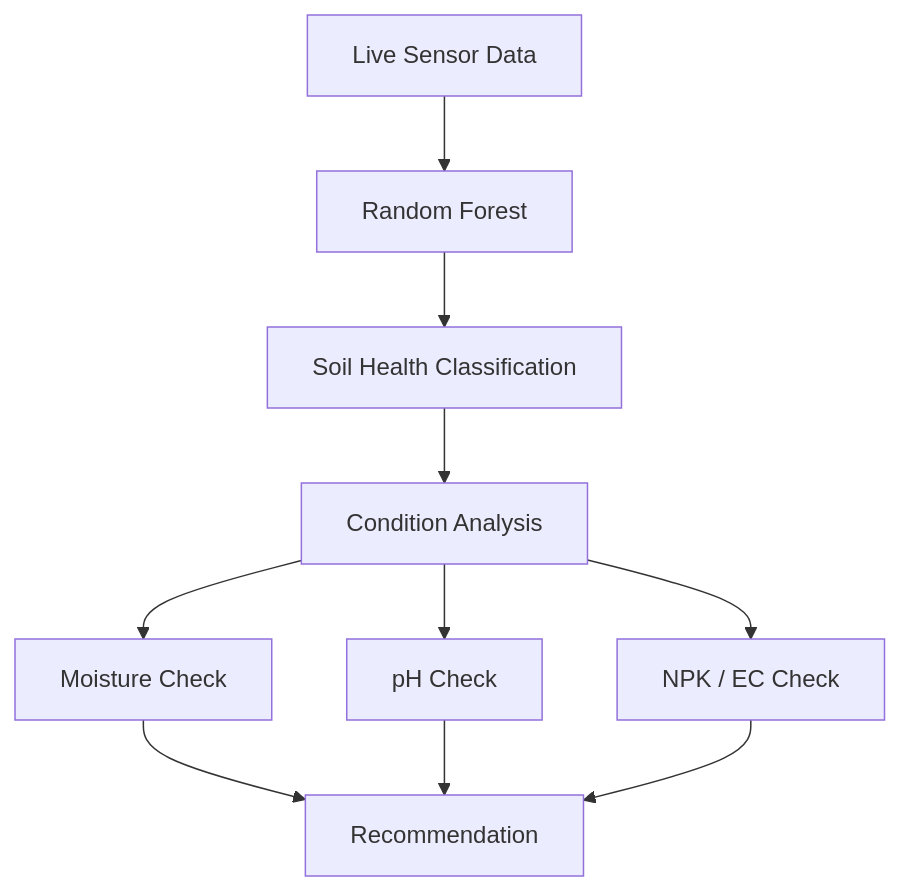
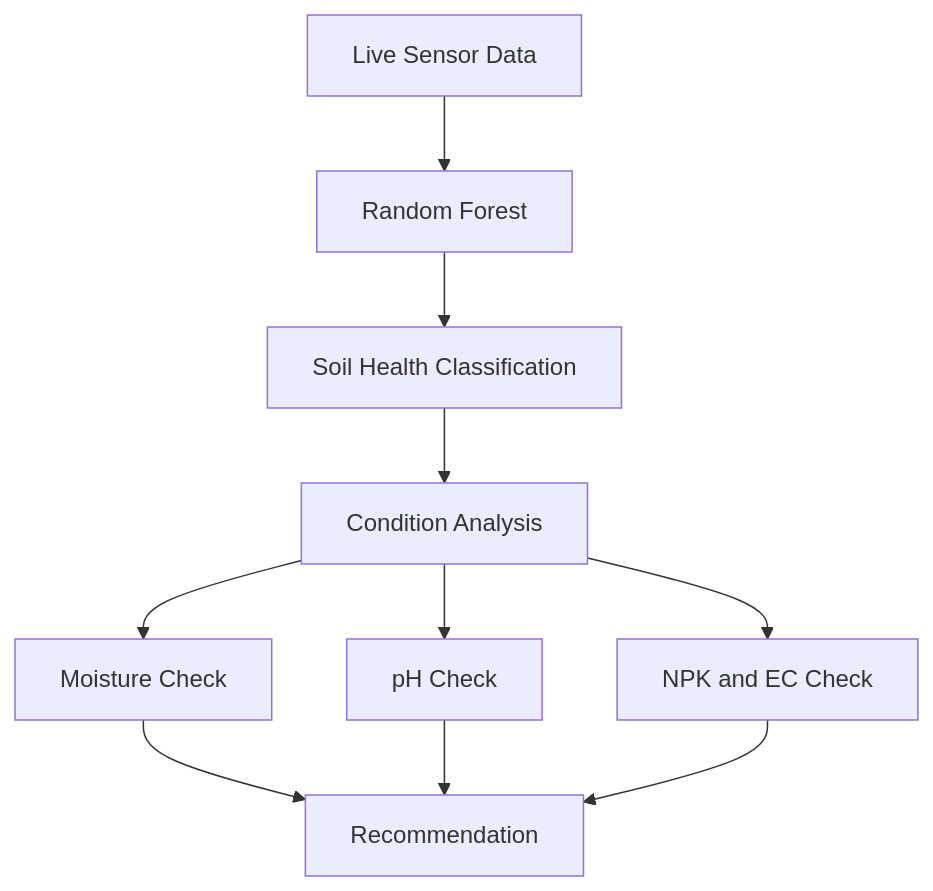
The sixth of 13 diagrams in README.md (Umar-Jahangir/Smart-Soil-Fertility-Monitoring-and-Recommendation-System-Using-IoT-and-AI), drawn with Mermaid before and after one commit.

Commit message:
AI Decision and Recommendationdiag modified in md

````diff
--- a/README.md
+++ b/README.md
@@ -267,21 +267,21 @@
 ```mermaid
-flowchart TB
+flowchart TD
     LIVE["Live Sensor Data"]
     RF["Random Forest"]
     HEALTH["Soil Health Classification"]
     CHECK["Condition Analysis"]
-    M["Moisture Check"]
+    MOIST["Moisture Check"]
     PH["pH Check"]
-    NPK["NPK / EC Check"]
+    NPK["NPK and EC Check"]
     REC["Recommendation"]
 
     LIVE --> RF
     RF --> HEALTH
     HEALTH --> CHECK
-    CHECK --> M
+    CHECK --> MOIST
     CHECK --> PH
     CHECK --> NPK
-    M --> REC
+    MOIST --> REC
     PH --> REC
     NPK --> REC
 ```
````
